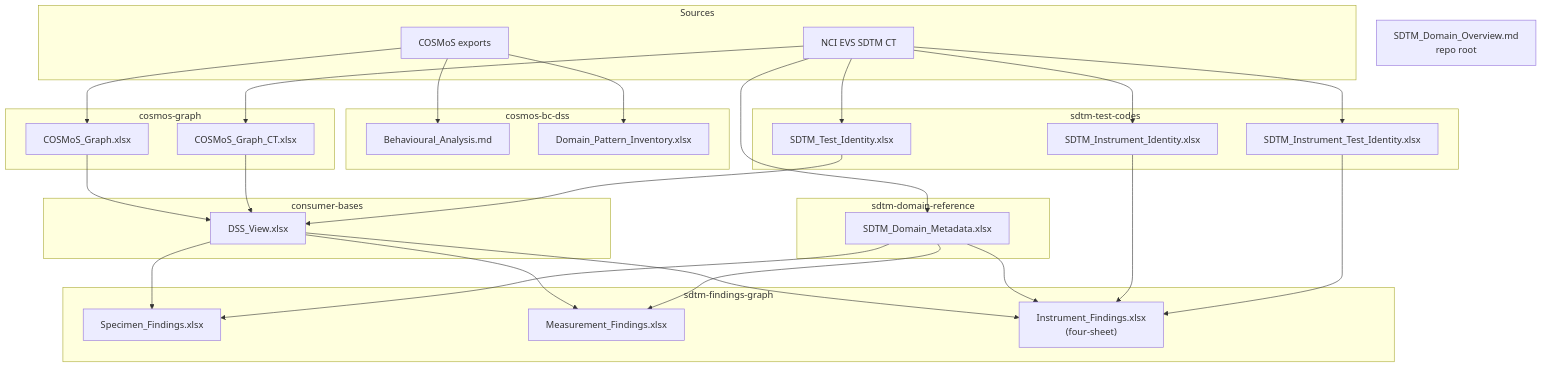
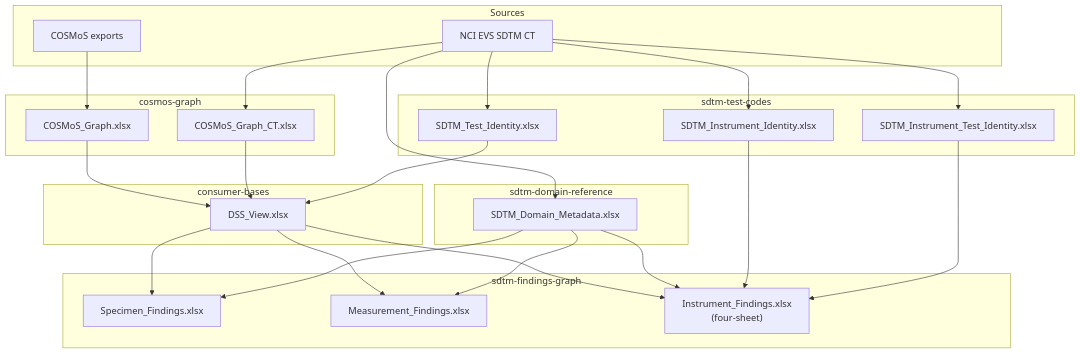
Before and after one commit to kerfors/cdisc-for-ai: the first of 2 diagrams in README.md, drawn with Mermaid. The commit also changed other lines of this file and 2 other files, not shown here.

First line of the commit message:
Add Link_Semantics.md; README tagline, purpose and data flow

````diff
--- a/README.md
+++ b/README.md
@@ -95,61 +101,52 @@
 ```mermaid
 graph TD
     subgraph Sources
         EVS["NCI EVS SDTM CT"]
         COS["COSMoS exports"]
     end
 
     subgraph sdtm-test-codes
         TI["SDTM_Test_Identity.xlsx"]
         ITI["SDTM_Instrument_Test_Identity.xlsx"]
         II["SDTM_Instrument_Identity.xlsx"]
-    end
-
-    subgraph cosmos-bc-dss
-        BA["Behavioural_Analysis.md"]
-        DPI["Domain_Pattern_Inventory.xlsx"]
     end
 
     subgraph cosmos-graph
         CG["COSMoS_Graph.xlsx"]
         CGC["COSMoS_Graph_CT.xlsx"]
     end
 
     subgraph sdtm-domain-reference
         DM["SDTM_Domain_Metadata.xlsx"]
     end
 
     subgraph consumer-bases
         DV["DSS_View.xlsx"]
     end
 
     subgraph sdtm-findings-graph
         SF["Specimen_Findings.xlsx"]
         MF["Measurement_Findings.xlsx"]
         IF["Instrument_Findings.xlsx<br/>(four-sheet)"]
     end
 
     EVS --> TI
     EVS --> ITI
     EVS --> II
     EVS --> DM
     EVS --> CGC
     COS --> CG
-    COS --> BA
-    COS --> DPI
 
     CG --> DV
     CGC --> DV
     TI --> DV
 
     DV --> SF
     DV --> MF
     DV --> IF
     DM --> SF
     DM --> MF
     DM --> IF
     II --> IF
     ITI --> IF
-
-    DO["SDTM_Domain_Overview.md<br/>repo root"]
 ```
````
